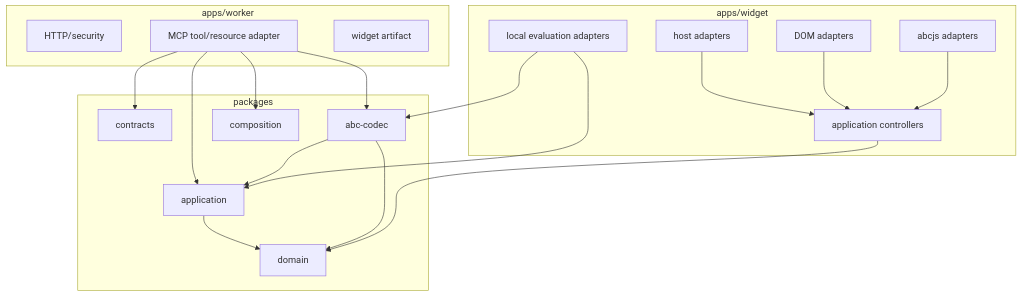
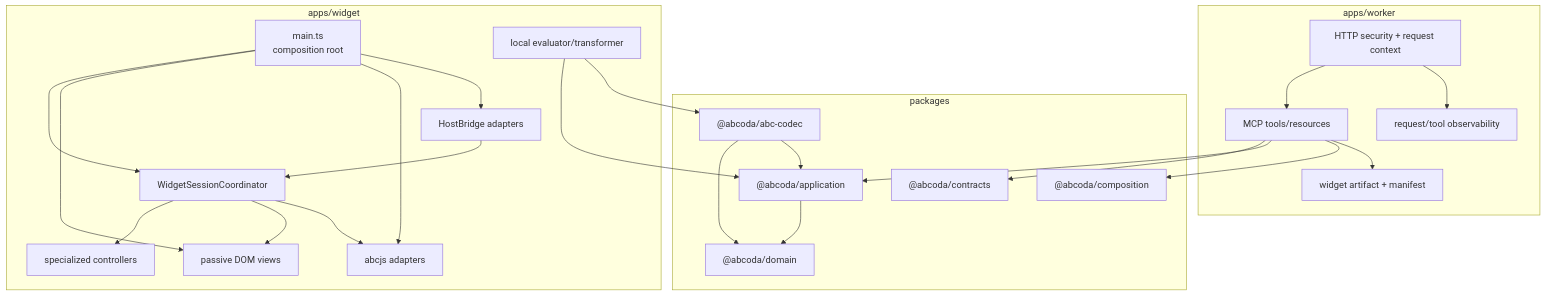
One commit to R3Neer/abcoda changed the second of 4 diagrams in docs/architecture/ABCoda-arquitectura-objetivo.md. Above: the diagram before and after it, drawn with Mermaid. The commit also changed other lines of this file, not shown here.

Commit message:
docs(architecture): describe materialized v2 architecture

````diff
--- a/docs/architecture/ABCoda-arquitectura-objetivo.md
+++ b/docs/architecture/ABCoda-arquitectura-objetivo.md
@@ -145,38 +134,48 @@
 ```mermaid
 flowchart TB
     subgraph Worker["apps/worker"]
-        HTTP["HTTP/security"]
-        MCP["MCP tool/resource adapter"]
-        Assets["widget artifact"]
+        HTTP["HTTP security + request context"]
+        MCP["MCP tools/resources"]
+        Assets["widget artifact + manifest"]
+        Obs["request/tool observability"]
     end
 
     subgraph Packages["packages"]
-        Contracts["contracts"]
-        Application["application"]
-        Domain["domain"]
-        Codec["abc-codec"]
-        Composition["composition"]
+        Contracts["@abcoda/contracts"]
+        Application["@abcoda/application"]
+        Domain["@abcoda/domain"]
+        Codec["@abcoda/abc-codec"]
+        Composition["@abcoda/composition"]
     end
 
     subgraph Widget["apps/widget"]
-        WidgetApp["application controllers"]
-        Host["host adapters"]
-        DOM["DOM adapters"]
+        Main["main.ts\ncomposition root"]
+        Session["WidgetSessionCoordinator"]
+        Controllers["specialized controllers"]
+        Views["passive DOM views"]
         ABCJS["abcjs adapters"]
-        Local["local evaluation adapters"]
+        Host["HostBridge adapters"]
+        Local["local evaluator/transformer"]
     end
 
+    HTTP --> MCP
+    HTTP --> Obs
+    MCP --> Contracts
     MCP --> Application
-    MCP --> Contracts
-    MCP --> Codec
     MCP --> Composition
+    MCP --> Assets
     Application --> Domain
     Codec --> Domain
     Codec --> Application
-    Host --> WidgetApp
-    DOM --> WidgetApp
-    ABCJS --> WidgetApp
-    WidgetApp --> Domain
+
+    Main --> Session
+    Main --> Views
+    Main --> ABCJS
+    Main --> Host
+    Session --> Controllers
+    Session --> Views
+    Session --> ABCJS
+    Host --> Session
     Local --> Application
     Local --> Codec
 ```
````
